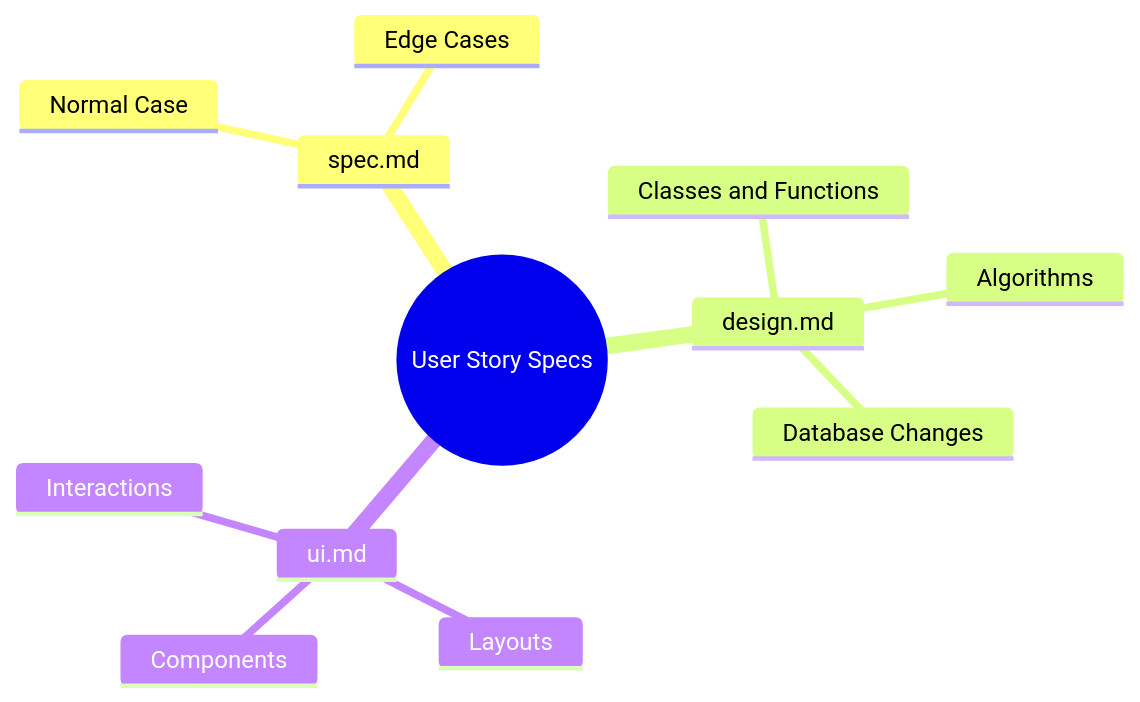
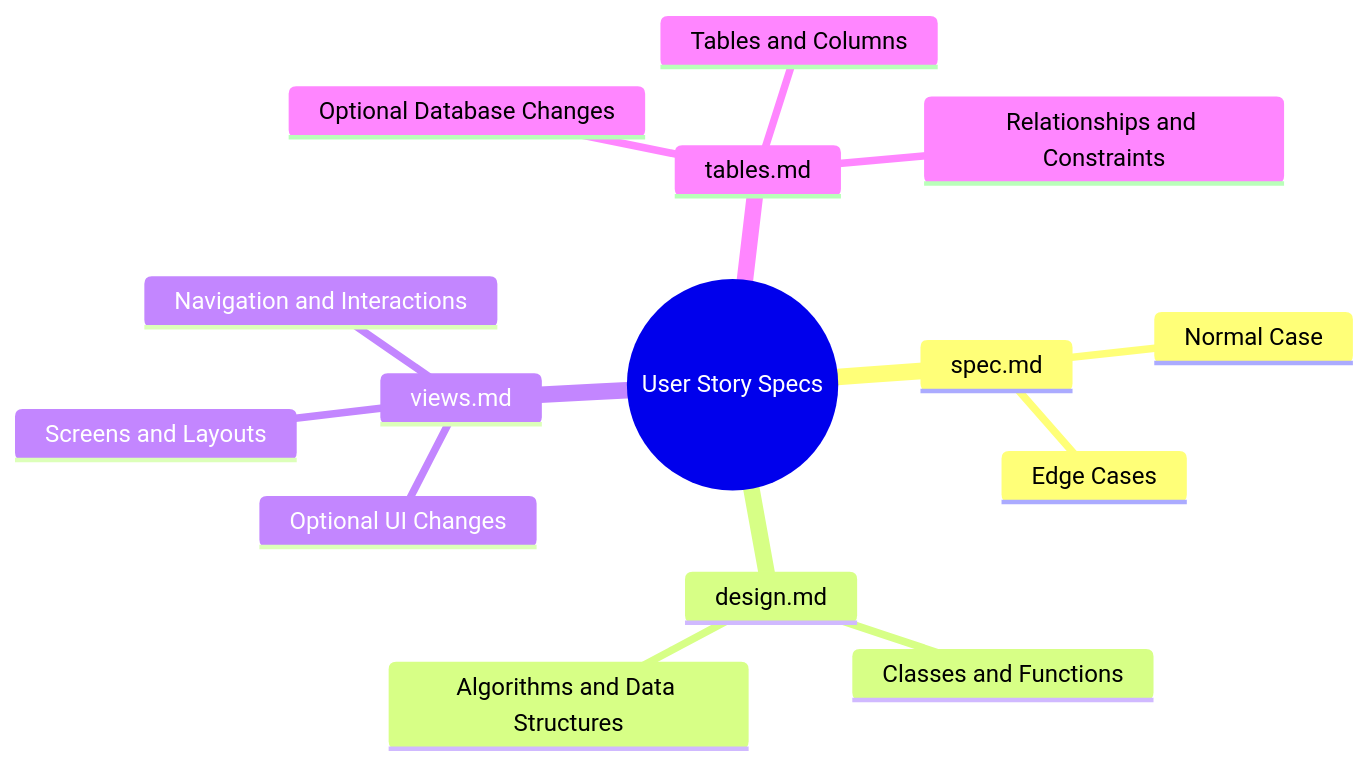
Before and after one commit to mtov/AgileSpec: the fourth of 5 diagrams in README.md, drawn with Mermaid. The commit also changed other lines of this file and 14 other files, not shown here.

`````diff
--- a/README.md
+++ b/README.md
@@ -152,15 +164,18 @@
 ```mermaid
 mindmap
   root((User Story Specs))
     spec.md
       Normal Case
       Edge Cases
     design.md
       Classes and Functions
-      Algorithms
-      Database Changes
-    ui.md
-      Layouts
-      Components
-      Interactions
-````
+      Algorithms and Data Structures
+    views.md
+      Optional UI Changes
+      Screens and Layouts
+      Navigation and Interactions
+    tables.md
+      Optional Database Changes
+      Tables and Columns
+      Relationships and Constraints
+```
`````
